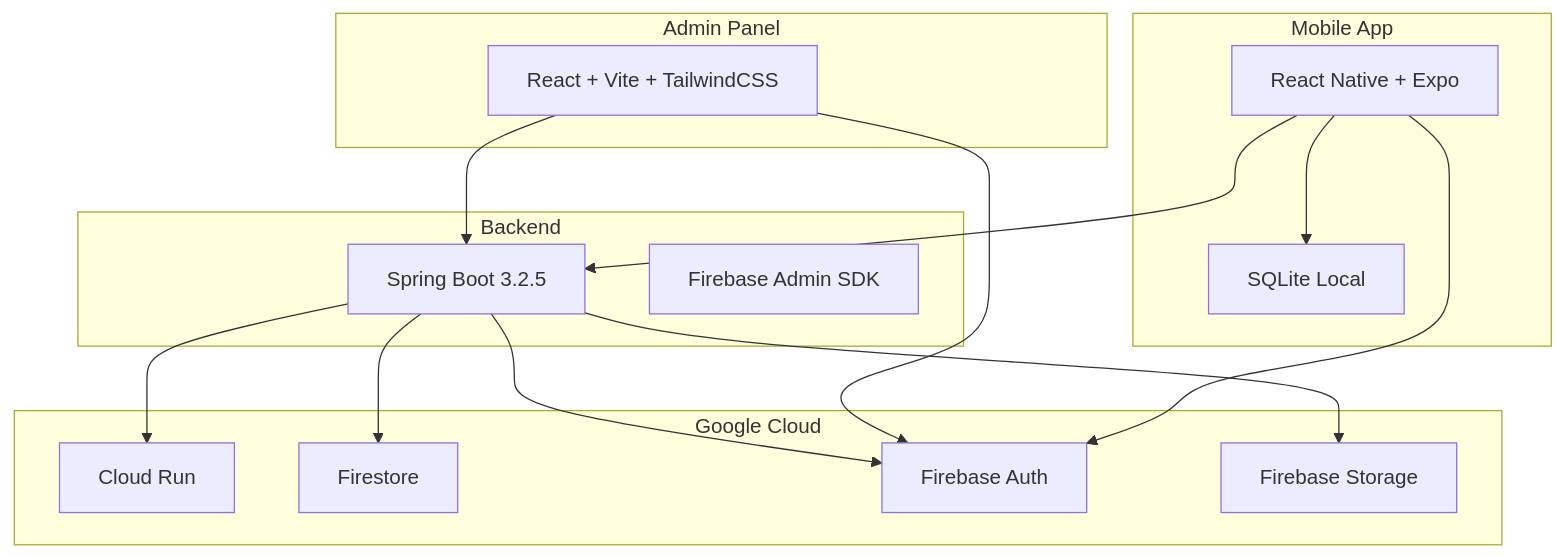
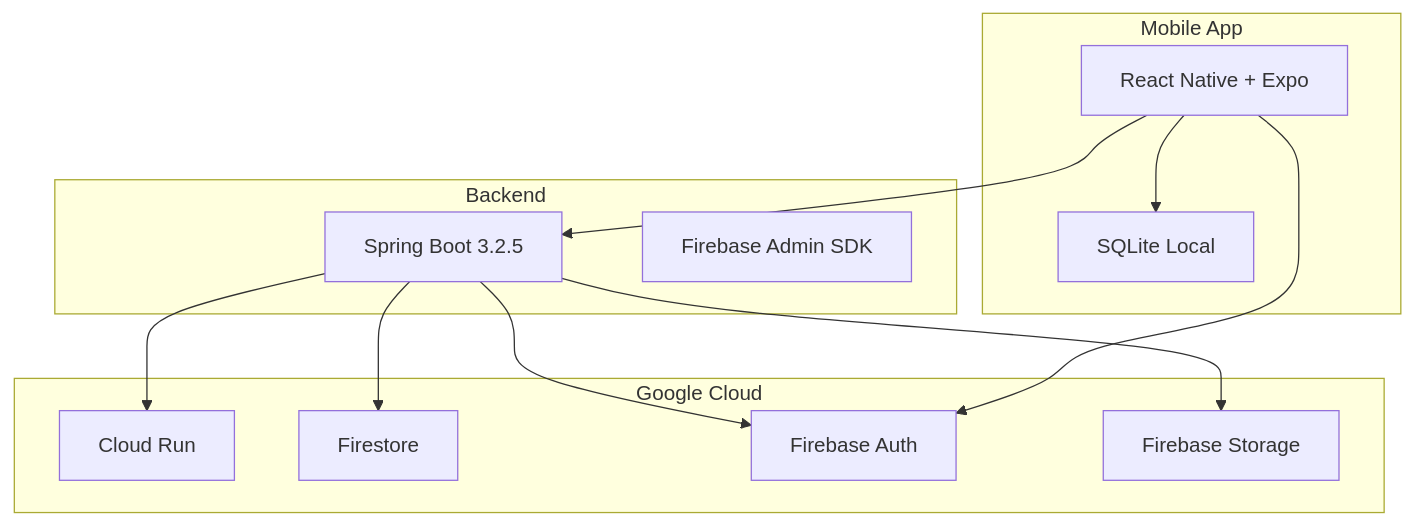
One commit to Appunture-2025/appunture-dev changed the diagram in README.md. Above: the diagram before and after it, drawn with Mermaid. The commit also changed other lines of this file and 171 other files, not shown here.

````diff
--- a/README.md
+++ b/README.md
@@ -21,33 +21,27 @@
 ```mermaid
 graph TB
     subgraph "Mobile App"
         A[React Native + Expo]
         B[SQLite Local]
-    end
-
-    subgraph "Admin Panel"
-        C[React + Vite + TailwindCSS]
     end
 
     subgraph "Backend"
         D[Spring Boot 3.2.5]
         E[Firebase Admin SDK]
     end
 
     subgraph "Google Cloud"
         F[Cloud Run]
         G[Firestore]
         H[Firebase Auth]
         I[Firebase Storage]
     end
 
     A --> D
     A --> H
     A --> B
-    C --> D
-    C --> H
     D --> G
     D --> H
     D --> I
     D --> F
 ```
````
